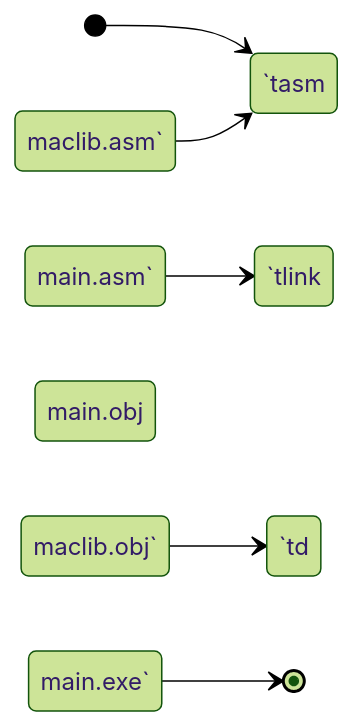
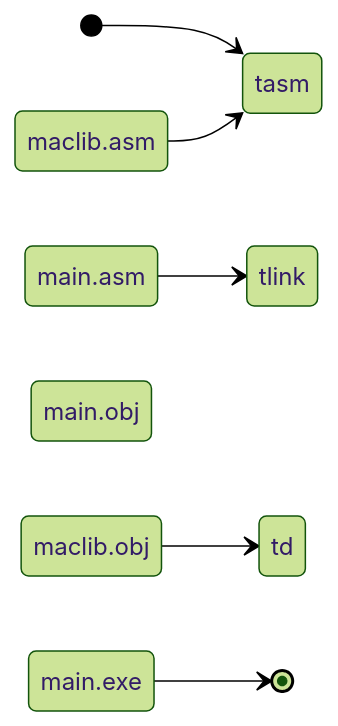
The diagram in Lab_08/theory.md (tudorcoroian17/ALP), drawn with Mermaid (forest theme) before and after one commit.

Commit message:
Add mermain diagram for macro library link

````diff
--- a/Lab_08/theory.md
+++ b/Lab_08/theory.md
@@ -37,9 +37,9 @@
 ```mermaid
 stateDiagram
     direction LR
-    [*] --> `tasm maclib.asm`
-    `tasm maclib.asm` --> `tasm main.asm`
-    `tasm main.asm` --> `tlink main.obj maclib.obj`
-    `tlink main.obj maclib.obj` --> `td main.exe`
-    `td main.exe` --> [*]
+    [*] --> tasm maclib.asm
+    tasm maclib.asm --> tasm main.asm
+    tasm main.asm --> tlink main.obj maclib.obj
+    tlink main.obj maclib.obj --> td main.exe
+    td main.exe --> [*]
 ```
````
